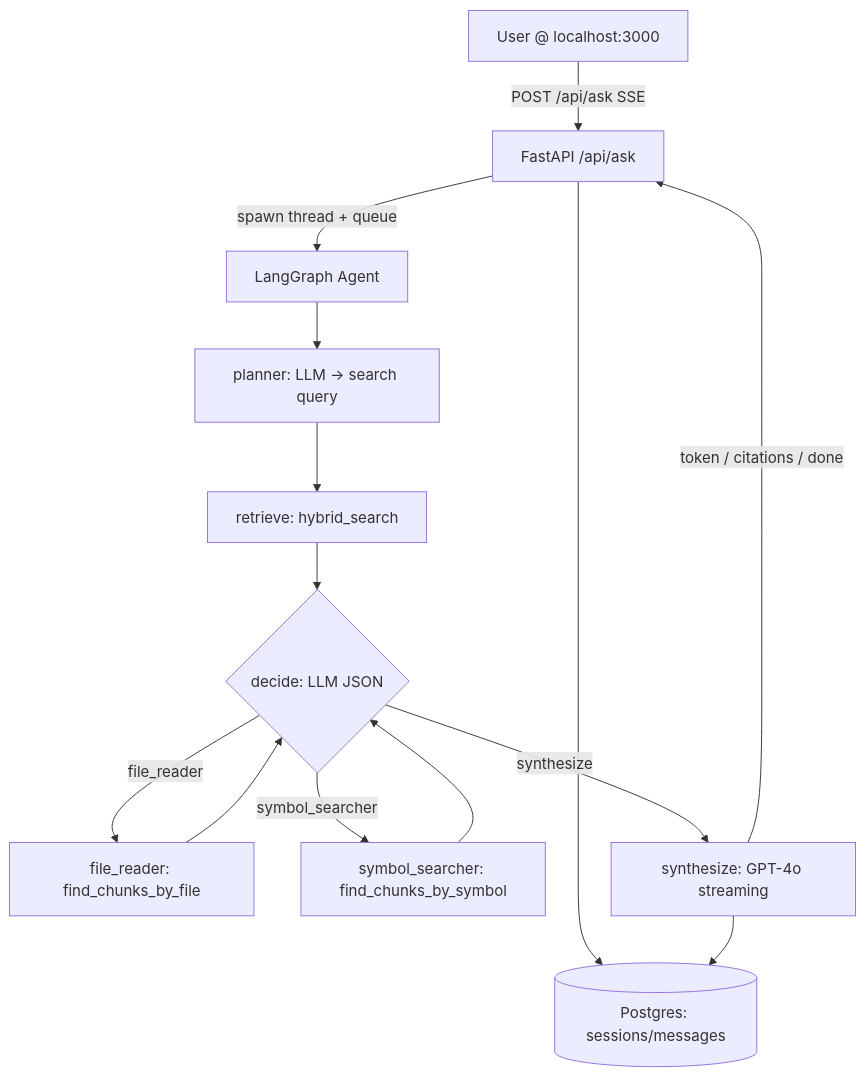
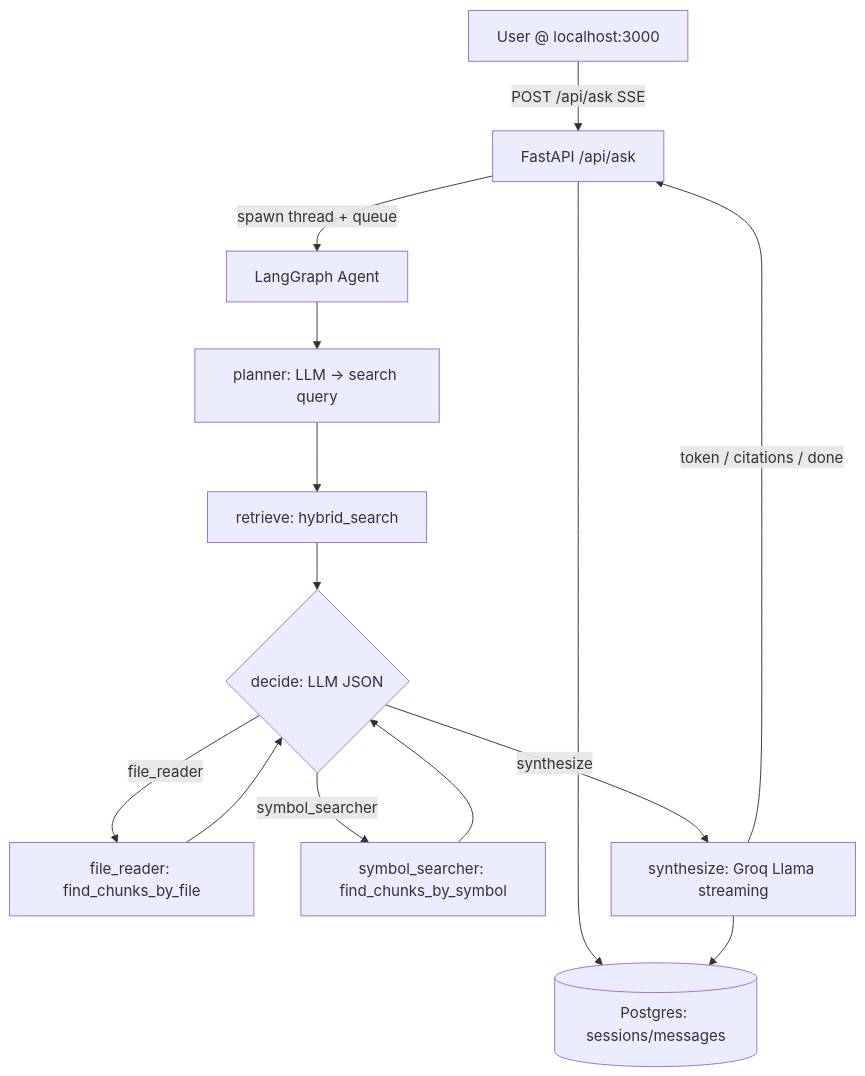
The diagram in README.md (JeremiahShadams/Citer), drawn with Mermaid before and after one commit. The commit also changed other lines of this file, not shown here.

Commit message:
Correct docs: chat model is Groq llama-3.1-70b, not GPT-4o

````diff
--- a/README.md
+++ b/README.md
@@ -87,16 +87,16 @@
 ```mermaid
 graph TD
   User[User @ localhost:3000] -->|POST /api/ask SSE| API[FastAPI /api/ask]
   API --> MEM[(Postgres: sessions/messages)]
   API -->|spawn thread + queue| Graph[LangGraph Agent]
   Graph --> Planner[planner: LLM → search query]
   Planner --> Retrieve[retrieve: hybrid_search]
   Retrieve --> Decide{decide: LLM JSON}
   Decide -->|file_reader| FR[file_reader: find_chunks_by_file]
   Decide -->|symbol_searcher| SS[symbol_searcher: find_chunks_by_symbol]
   FR --> Decide
   SS --> Decide
-  Decide -->|synthesize| Synth[synthesize: GPT-4o streaming]
+  Decide -->|synthesize| Synth[synthesize: Groq Llama streaming]
   Synth -->|token / citations / done| API
   Synth --> MEM
 ```
````
